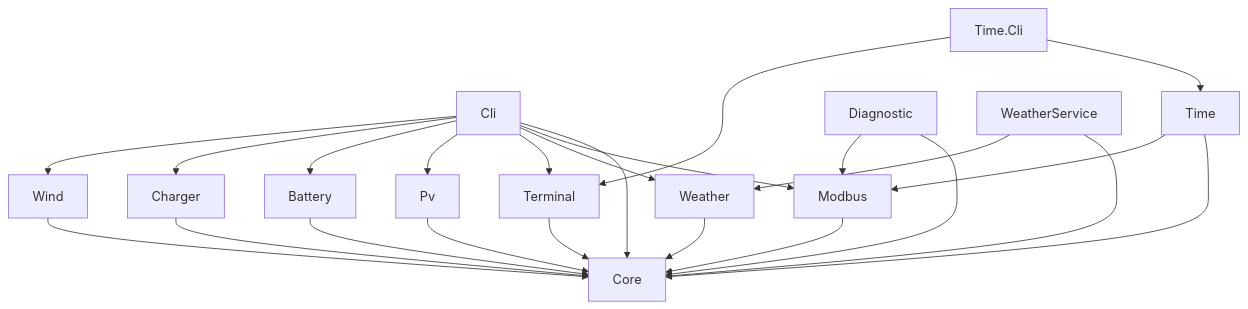
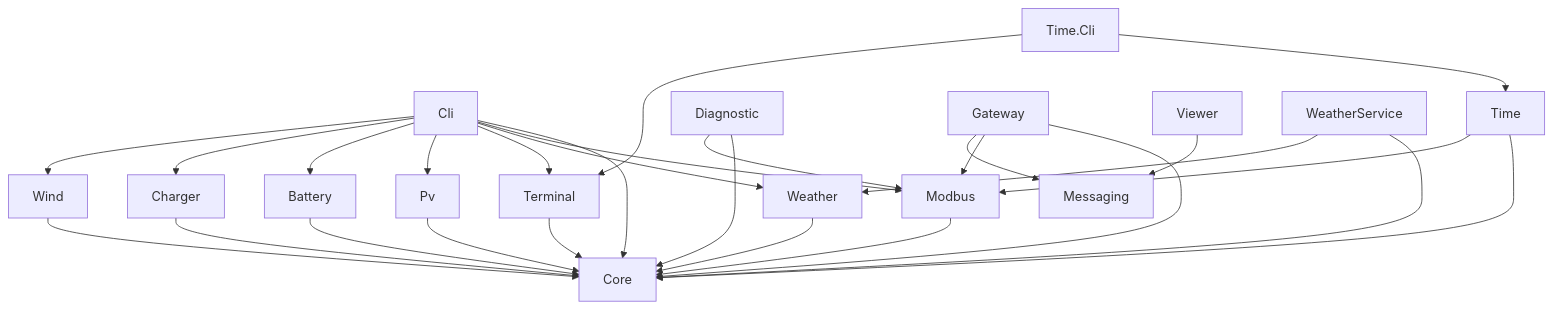
Before and after one commit to ammererjak0b/dotnet-energy-sim-cosmos: the second of 2 diagrams in README.md, drawn with Mermaid. The commit also changed other lines of this file and 46 other files, not shown here.

Commit message:
LB03: Modbus to RabbitMQ gateway, viewer, messaging, compose, SRS, contracts, agent skills

````diff
--- a/README.md
+++ b/README.md
@@ -82,26 +96,30 @@
 ```mermaid
 flowchart TD
     Cli --> Core
     Cli --> Modbus
     Cli --> Weather
     Cli --> Terminal
     Cli --> Pv
     Cli --> Battery
     Cli --> Charger
     Cli --> Wind
     TimeCli[Time.Cli] --> Time
     TimeCli --> Terminal
     Time --> Core
     Time --> Modbus
     Diagnostic --> Core
     Diagnostic --> Modbus
+    Gateway --> Core
+    Gateway --> Modbus
+    Gateway --> Messaging
+    Viewer --> Messaging
     WeatherService --> Core
     WeatherService --> Weather
     Modbus --> Core
     Weather --> Core
     Terminal --> Core
     Pv --> Core
     Battery --> Core
     Charger --> Core
     Wind --> Core
 ```
````
